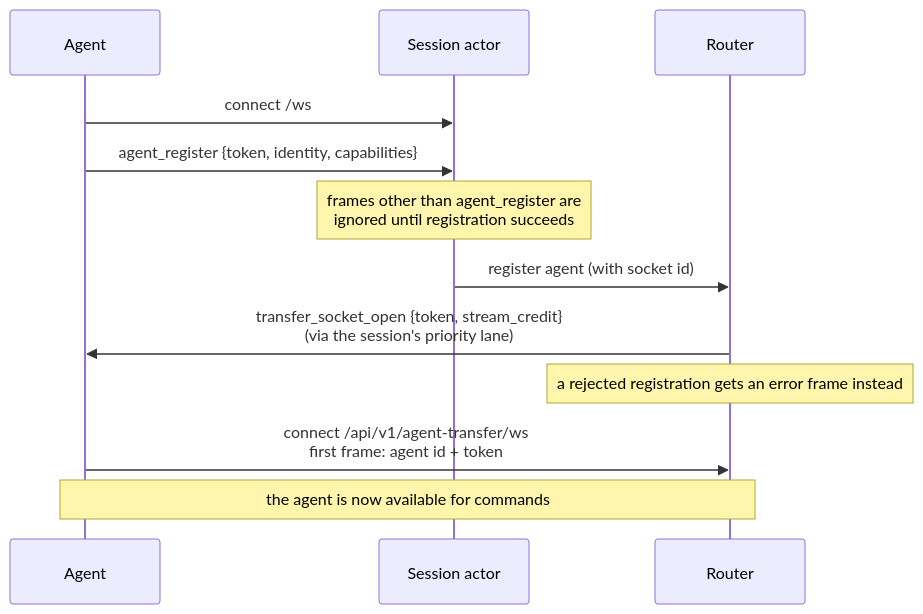
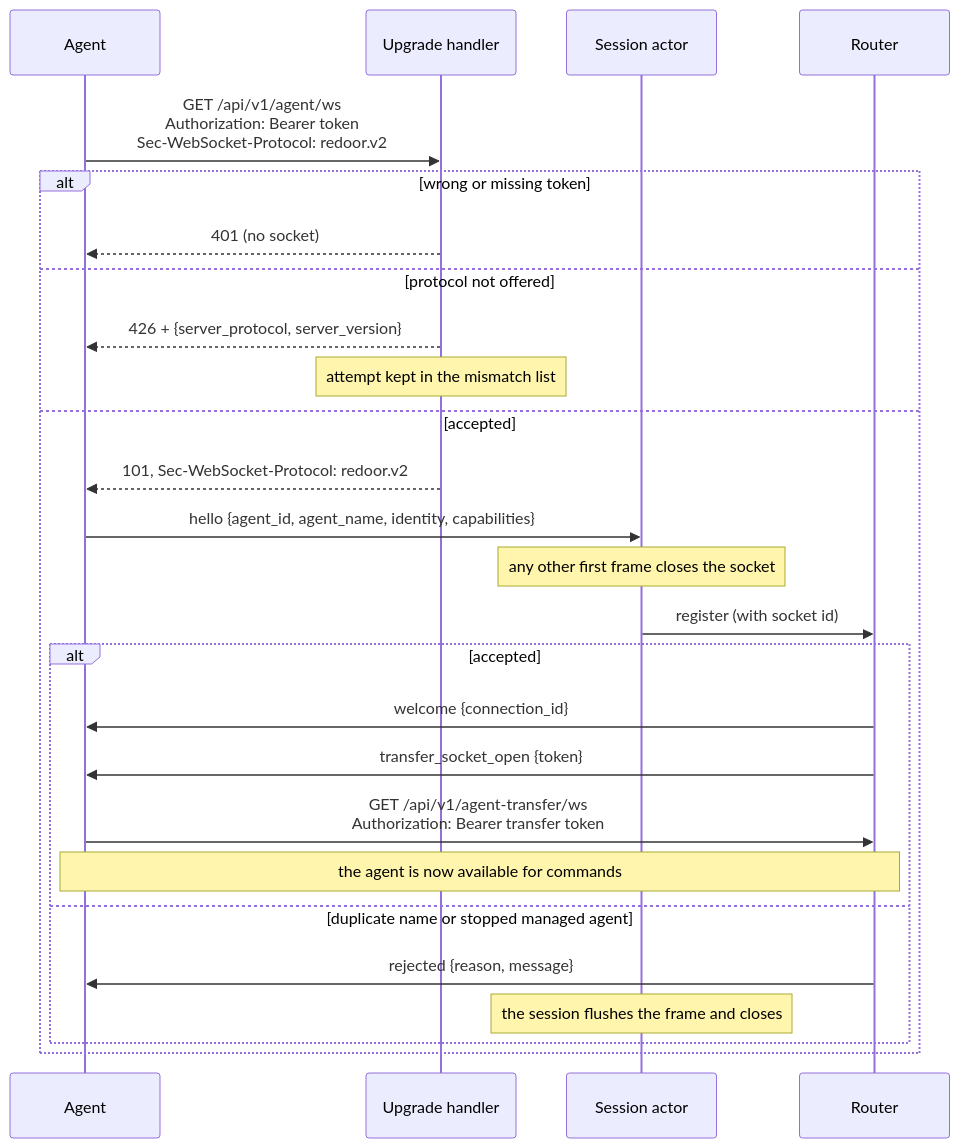
The fourth of 10 diagrams in ARCHITECTURE.md (FruitieX/redoor), drawn with Mermaid before and after one commit. The commit also changed other lines of this file and 62 other files, not shown here.

First line of the commit message:
Authenticate agents at upgrade and drop per-frame identity

````diff
--- a/ARCHITECTURE.md
+++ b/ARCHITECTURE.md
@@ -246,15 +253,29 @@
 ```mermaid
 sequenceDiagram
     participant A as Agent
+    participant H as Upgrade handler
     participant S as Session actor
     participant R as Router
 
-    A->>S: connect /ws
-    A->>S: agent_register {token, identity, capabilities}
-    Note over S: frames other than agent_register are<br/>ignored until registration succeeds
-    S->>R: register agent (with socket id)
-    R->>A: transfer_socket_open {token, stream_credit}<br/>(via the session's priority lane)
-    Note over R: a rejected registration gets an error frame instead
-    A->>R: connect /api/v1/agent-transfer/ws<br/>first frame: agent id + token
-    Note over A,R: the agent is now available for commands
+    A->>H: GET /api/v1/agent/ws<br/>Authorization: Bearer token<br/>Sec-WebSocket-Protocol: redoor.v2
+    alt wrong or missing token
+        H-->>A: 401 (no socket)
+    else protocol not offered
+        H-->>A: 426 + {server_protocol, server_version}
+        Note over H: attempt kept in the mismatch list
+    else accepted
+        H-->>A: 101, Sec-WebSocket-Protocol: redoor.v2
+        A->>S: hello {agent_id, agent_name, identity, capabilities}
+        Note over S: any other first frame closes the socket
+        S->>R: register (with socket id)
+        alt accepted
+            R->>A: welcome {connection_id}
+            R->>A: transfer_socket_open {token}
+            A->>R: GET /api/v1/agent-transfer/ws<br/>Authorization: Bearer transfer token
+            Note over A,R: the agent is now available for commands
+        else duplicate name or stopped managed agent
+            R->>A: rejected {reason, message}
+            Note over S: the session flushes the frame and closes
+        end
+    end
 ```
````
